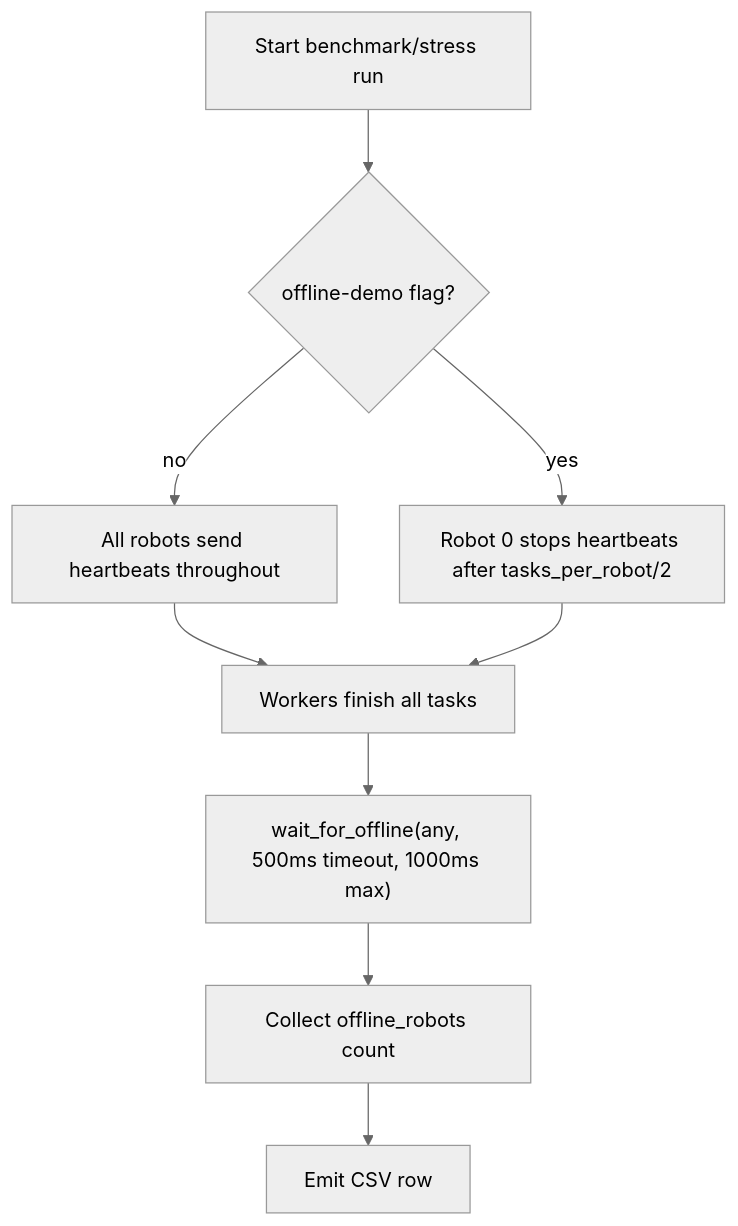
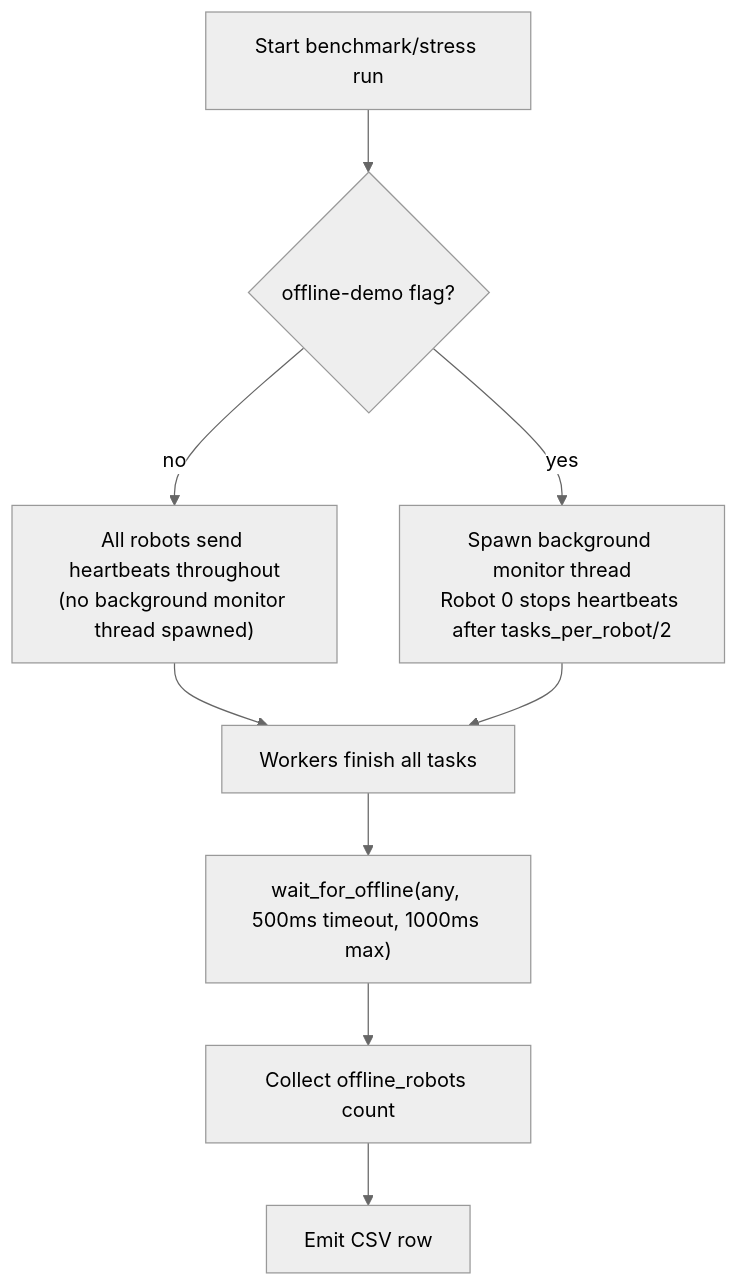
The sixth of 6 diagrams in DIAGRAMS.md (HaochenFa/Medical-Care-Robot-Coordination-System-Core), drawn with Mermaid (neutral theme) before and after one commit. The commit also changed other lines of this file and 9 other files, not shown here.

````diff
--- a/DIAGRAMS.md
+++ b/DIAGRAMS.md
@@ -141,11 +141,11 @@
 ```mermaid
 flowchart TD
     A["Start benchmark/stress run"] --> B{"offline-demo flag?"}
-    B -- "no" --> C["All robots send heartbeats throughout"]
-    B -- "yes" --> D["Robot 0 stops heartbeats after tasks_per_robot/2"]
+    B -- "no" --> C["All robots send heartbeats throughout\n(no background monitor thread spawned)"]
+    B -- "yes" --> D["Spawn background monitor thread\nRobot 0 stops heartbeats after tasks_per_robot/2"]
     C --> E["Workers finish all tasks"]
     D --> E
     E --> F["wait_for_offline(any, 500ms timeout, 1000ms max)"]
     F --> G["Collect offline_robots count"]
     G --> H["Emit CSV row"]
 ```
````
